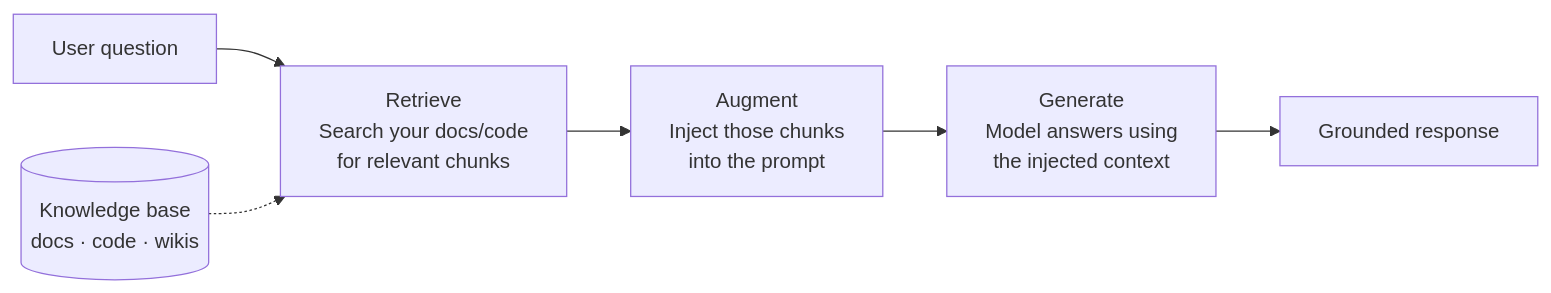
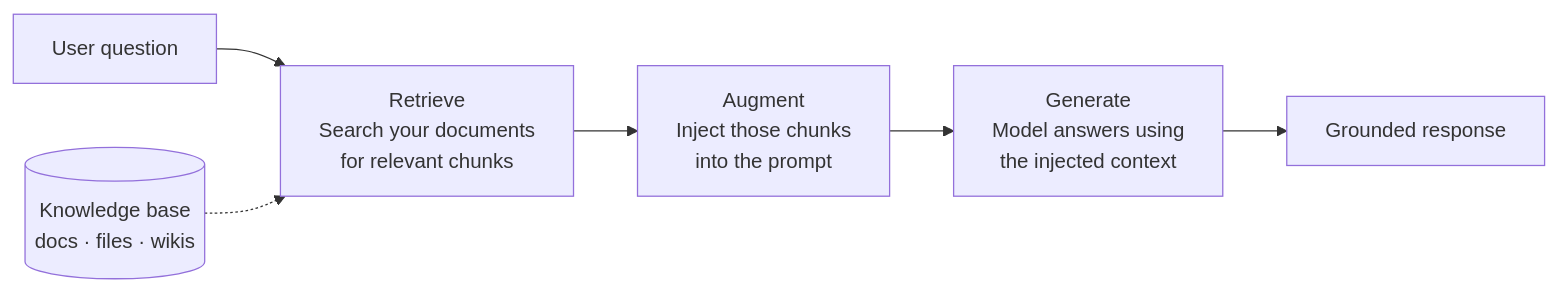
Before and after one commit to khadiwaa/ai-education: the second of 2 diagrams in docs/docs/phase-1/using-ai-effectively.mdx, drawn with Mermaid. The commit also changed other lines of this file and 64 other files, not shown here.

````diff
--- a/docs/docs/phase-1/using-ai-effectively.mdx
+++ b/docs/docs/phase-1/using-ai-effectively.mdx
@@ -183,8 +188,8 @@
 ```mermaid
 flowchart LR
-    Q["User question"] --> R["Retrieve\nSearch your docs/code\nfor relevant chunks"]
+    Q["User question"] --> R["Retrieve\nSearch your documents\nfor relevant chunks"]
     R --> A["Augment\nInject those chunks\ninto the prompt"]
     A --> G["Generate\nModel answers using\nthe injected context"]
     G --> RESP["Grounded response"]
-    KB[("Knowledge base\ndocs · code · wikis")] -.-> R
+    KB[("Knowledge base\ndocs · files · wikis")] -.-> R
 ```
````
